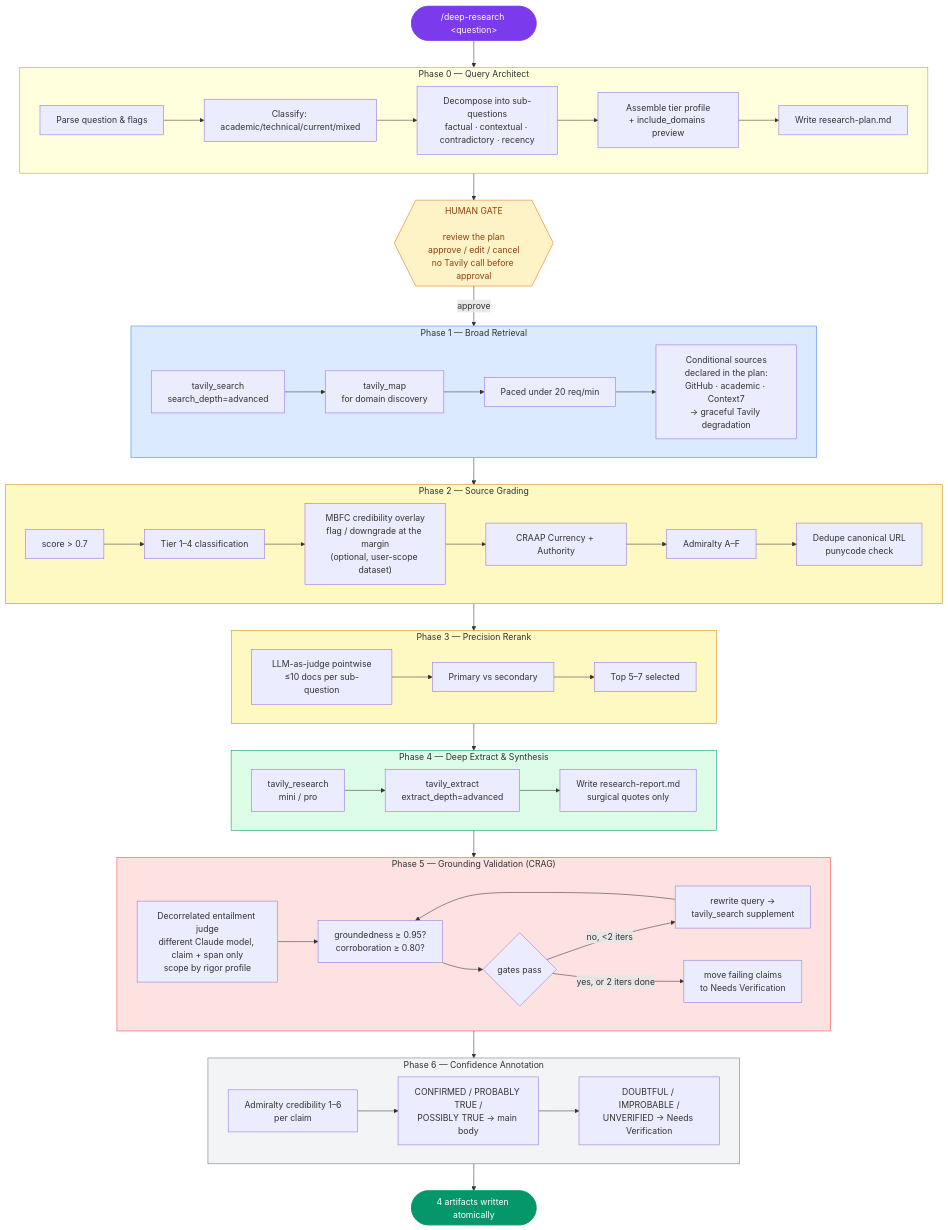
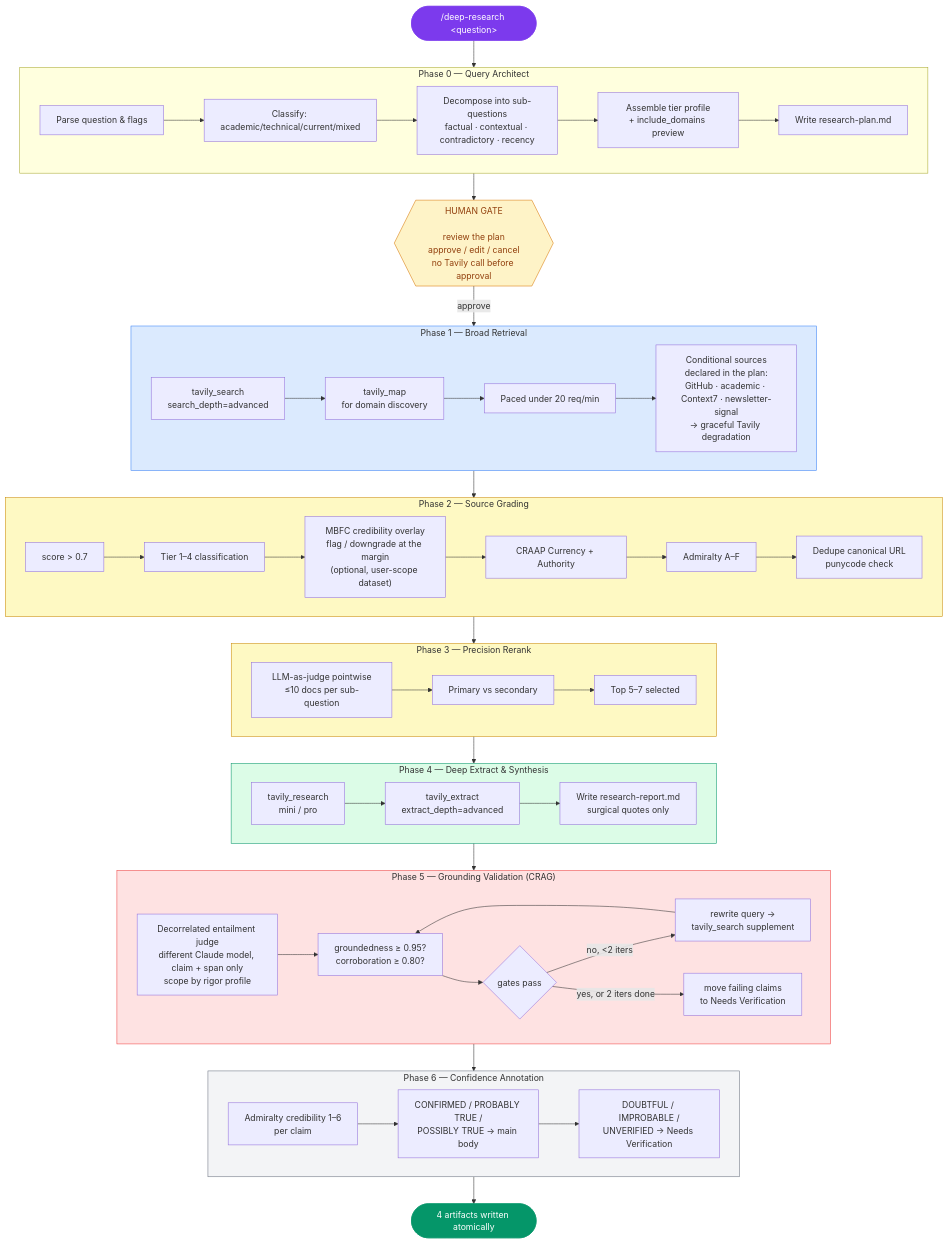
Before and after one commit to hashbulla/deep-research: the first of 3 diagrams in README.md, drawn with Mermaid. The commit also changed other lines of this file and 12 other files, not shown here.

First line of the commit message:
feat(newsletter-signal): curated-feed conditional retrieval source (AI-41, consumer side) (#2)

````diff
--- a/README.md
+++ b/README.md
@@ -164,81 +165,81 @@
 ```mermaid
 flowchart TD
     Start(["/deep-research &lt;question&gt;"]) --> P0
 
     subgraph P0["Phase 0 — Query Architect"]
         B1[Parse question & flags] --> B2[Classify: academic/technical/current/mixed]
         B2 --> B3[Decompose into sub-questions<br/>factual · contextual · contradictory · recency]
         B3 --> B4[Assemble tier profile<br/>+ include_domains preview]
         B4 --> B5[Write research-plan.md]
     end
 
     P0 --> G1
 
     G1{{"HUMAN GATE\n\nreview the plan\napprove / edit / cancel\nno Tavily call before approval"}}
     G1 -- "approve" --> P1
 
     subgraph P1["Phase 1 — Broad Retrieval"]
         direction LR
         R1["tavily_search<br/>search_depth=advanced"] --> R2["tavily_map<br/>for domain discovery"]
         R2 --> R3["Paced under 20 req/min"]
-        R3 --> R4["Conditional sources<br/>declared in the plan:<br/>GitHub · academic · Context7<br/>→ graceful Tavily degradation"]
+        R3 --> R4["Conditional sources<br/>declared in the plan:<br/>GitHub · academic · Context7 · newsletter-signal<br/>→ graceful Tavily degradation"]
     end
 
     P1 --> P2
 
     subgraph P2["Phase 2 — Source Grading"]
         direction LR
         S1["score &gt; 0.7"] --> S2["Tier 1–4 classification"]
         S2 --> S2b["MBFC credibility overlay<br/>flag / downgrade at the margin<br/>(optional, user-scope dataset)"]
         S2b --> S3["CRAAP Currency + Authority"]
         S3 --> S4["Admiralty A–F"]
         S4 --> S5["Dedupe canonical URL<br/>punycode check"]
     end
 
     P2 --> P3
 
     subgraph P3["Phase 3 — Precision Rerank"]
         direction LR
         J1["LLM-as-judge pointwise<br/>≤10 docs per sub-question"] --> J2["Primary vs secondary"]
         J2 --> J3["Top 5–7 selected"]
     end
 
     P3 --> P4
 
     subgraph P4["Phase 4 — Deep Extract & Synthesis"]
         direction LR
         E1["tavily_research<br/>mini / pro"] --> E2["tavily_extract<br/>extract_depth=advanced"]
         E2 --> E3["Write research-report.md<br/>surgical quotes only"]
     end
 
     P4 --> P5
 
     subgraph P5["Phase 5 — Grounding Validation (CRAG)"]
         direction LR
         C0["Decorrelated entailment judge<br/>different Claude model, claim + span only<br/>scope by rigor profile"] --> C1["groundedness ≥ 0.95?<br/>corroboration ≥ 0.80?"]
         C1 --> C2{gates pass}
         C2 -- "no, &lt;2 iters" --> Req["rewrite query →<br/>tavily_search supplement"]
         Req --> C1
         C2 -- "yes, or 2 iters done" --> C3["move failing claims<br/>to Needs Verification"]
     end
 
     P5 --> P6
 
     subgraph P6["Phase 6 — Confidence Annotation"]
         direction LR
         Z1["Admiralty credibility 1–6<br/>per claim"] --> Z2["CONFIRMED / PROBABLY TRUE /<br/>POSSIBLY TRUE → main body"]
         Z2 --> Z3["DOUBTFUL / IMPROBABLE /<br/>UNVERIFIED → Needs Verification"]
     end
 
     P6 --> Done(["4 artifacts written atomically"])
 
     style G1 fill:#FEF3C7,stroke:#D97706,color:#92400E
     style P1 fill:#DBEAFE,stroke:#3B82F6
     style P2 fill:#FEF9C3,stroke:#CA8A04
     style P3 fill:#FEF9C3,stroke:#CA8A04
     style P4 fill:#DCFCE7,stroke:#059669
     style P5 fill:#FEE2E2,stroke:#EF4444
     style P6 fill:#F3F4F6,stroke:#6B7280
     style Start fill:#7C3AED,stroke:#7C3AED,color:#fff
     style Done fill:#059669,stroke:#059669,color:#fff
 ```
````
